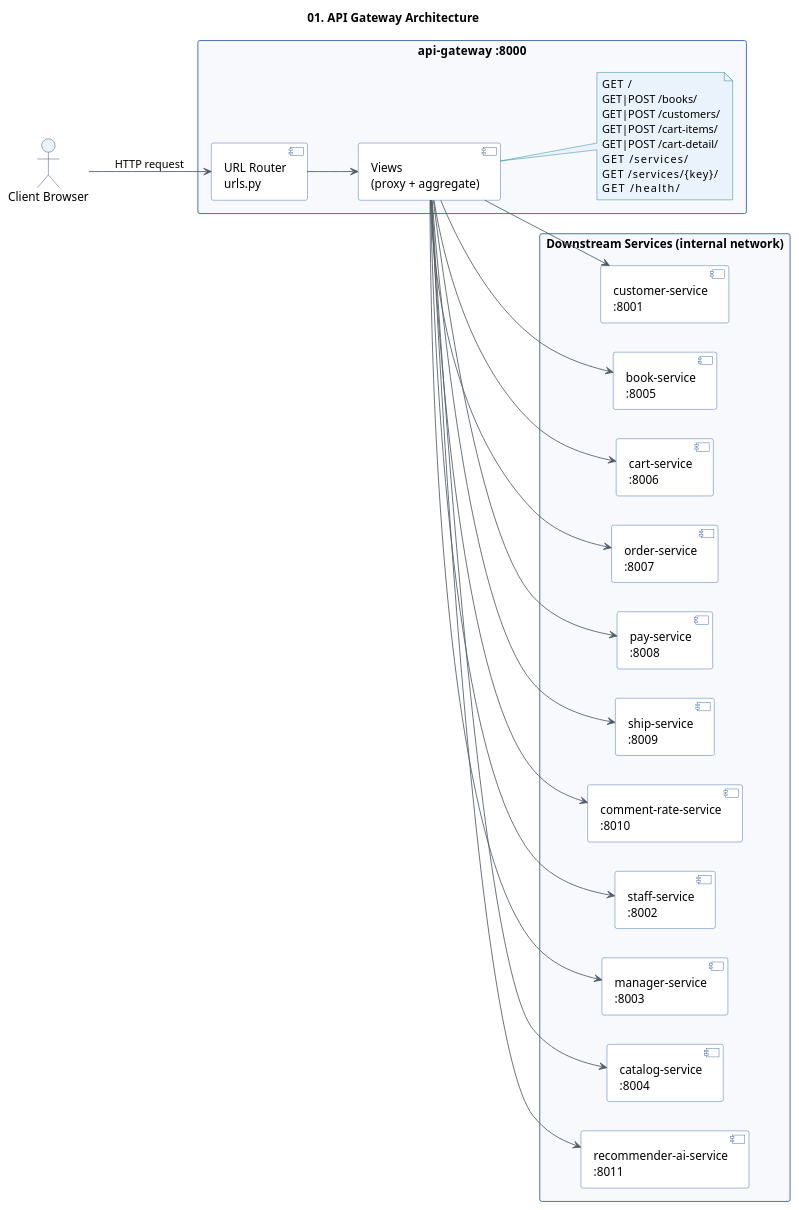
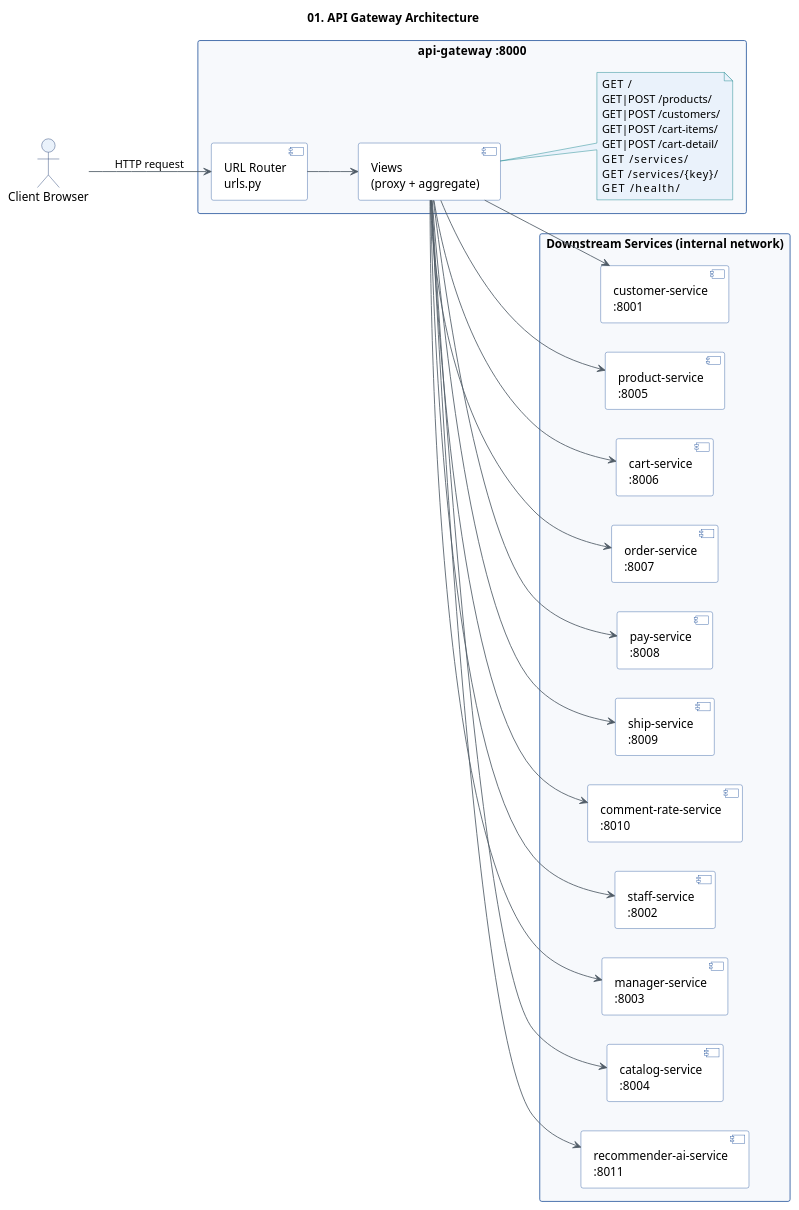
The diagram in diagrams/architecture/01_api_gateway.puml (duyhacker559/bookstore), drawn with PlantUML before and after one commit. The commit also changed 149 other files, not shown here.

```diff
--- a/diagrams/architecture/01_api_gateway.puml
+++ b/diagrams/architecture/01_api_gateway.puml
@@ -1,68 +1,68 @@
 @startuml
 ' ─────────────────────────────────────────────────────────────────────────────
-' BookStore Microservices – 01. API Gateway Architecture
+' Store Microservices – 01. API Gateway Architecture
 ' Render: plantuml 01_api_gateway.puml  →  01_api_gateway.png
 ' ─────────────────────────────────────────────────────────────────────────────
 title 01. API Gateway Architecture
 left to right direction
 skinparam shadowing false
 skinparam defaultFontName Arial
 skinparam ArrowColor #4f5b66
 skinparam packageStyle rectangle
 skinparam packageBorderColor #2c5aa0
 skinparam packageBackgroundColor #f7f9fc
 skinparam componentBorderColor #2c5aa0
 skinparam componentBackgroundColor #ffffff
 skinparam databaseBorderColor #8f5c2c
 skinparam databaseBackgroundColor #fff8ef
 skinparam actorBorderColor #1A376C
 skinparam actorBackgroundColor #EAF2FB
 skinparam noteBorderColor #007B83
 skinparam noteBackgroundColor #EAF2FB
 
 actor "Client Browser" as client
 
 package "api-gateway  :8000" {
   component "URL Router\nurls.py" as router
   component "Views\n(proxy + aggregate)" as views
   note right of views
     GET  /
-    GET|POST /books/
+    GET|POST /products/
     GET|POST /customers/
     GET|POST /cart-items/
     GET|POST /cart-detail/
     GET      /services/
     GET      /services/{key}/
     GET      /health/
   end note
 }
 
 package "Downstream Services (internal network)" {
   component "customer-service\n:8001"         as cs
-  component "book-service\n:8005"             as bs
+  component "product-service\n:8005"          as psvc
   component "cart-service\n:8006"             as carts
   component "order-service\n:8007"            as os
   component "pay-service\n:8008"              as ps
   component "ship-service\n:8009"             as shs
   component "comment-rate-service\n:8010"     as crs
   component "staff-service\n:8002"            as ss
   component "manager-service\n:8003"          as ms
   component "catalog-service\n:8004"          as cats
   component "recommender-ai-service\n:8011"   as ras
 }
 
 client  --> router  : HTTP request
 router  --> views
 views   --> cs
-views   --> bs
+views   --> psvc
 views   --> carts
 views   --> os
 views   --> ps
 views   --> shs
 views   --> crs
 views   --> ss
 views   --> ms
 views   --> cats
 views   --> ras
 
 @enduml
```
